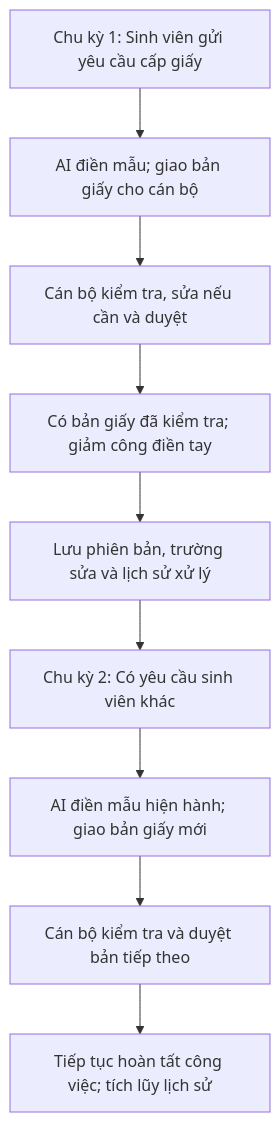
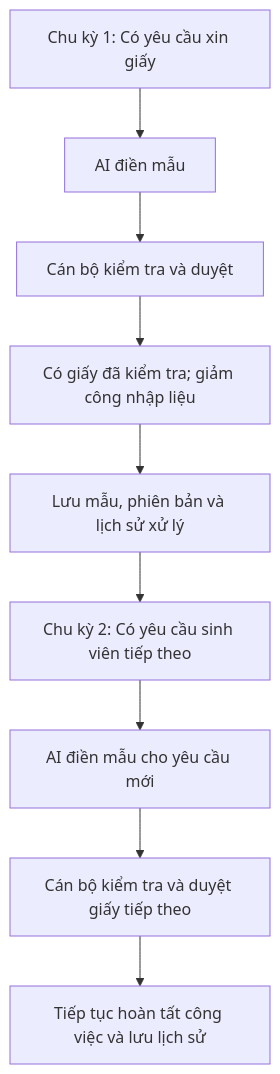
The diagram in README.md (QuocDzungH/Track1_Day20_2A202602523_HoangQuocDung), drawn with Mermaid before and after one commit. The commit also changed other lines of this file and 1 other file, not shown here.

````diff
--- a/README.md
+++ b/README.md
@@ -189,11 +133,11 @@
 ```mermaid
 flowchart TD
-    A["Chu kỳ 1: Sinh viên gửi yêu cầu cấp giấy"] --> B["AI điền mẫu; giao bản giấy cho cán bộ"]
-    B --> C["Cán bộ kiểm tra, sửa nếu cần và duyệt"]
-    C --> D["Có bản giấy đã kiểm tra; giảm công điền tay"]
-    D --> E["Lưu phiên bản, trường sửa và lịch sử xử lý"]
-    E --> F["Chu kỳ 2: Có yêu cầu sinh viên khác"]
-    F --> G["AI điền mẫu hiện hành; giao bản giấy mới"]
-    G --> H["Cán bộ kiểm tra và duyệt bản tiếp theo"]
-    H --> I["Tiếp tục hoàn tất công việc; tích lũy lịch sử"]
+    A["Chu kỳ 1: Có yêu cầu xin giấy"] --> B["AI điền mẫu"]
+    B --> C["Cán bộ kiểm tra và duyệt"]
+    C --> D["Có giấy đã kiểm tra; giảm công nhập liệu"]
+    D --> E["Lưu mẫu, phiên bản và lịch sử xử lý"]
+    E --> F["Chu kỳ 2: Có yêu cầu sinh viên tiếp theo"]
+    F --> G["AI điền mẫu cho yêu cầu mới"]
+    G --> H["Cán bộ kiểm tra và duyệt giấy tiếp theo"]
+    H --> I["Tiếp tục hoàn tất công việc và lưu lịch sử"]
 ```
````
